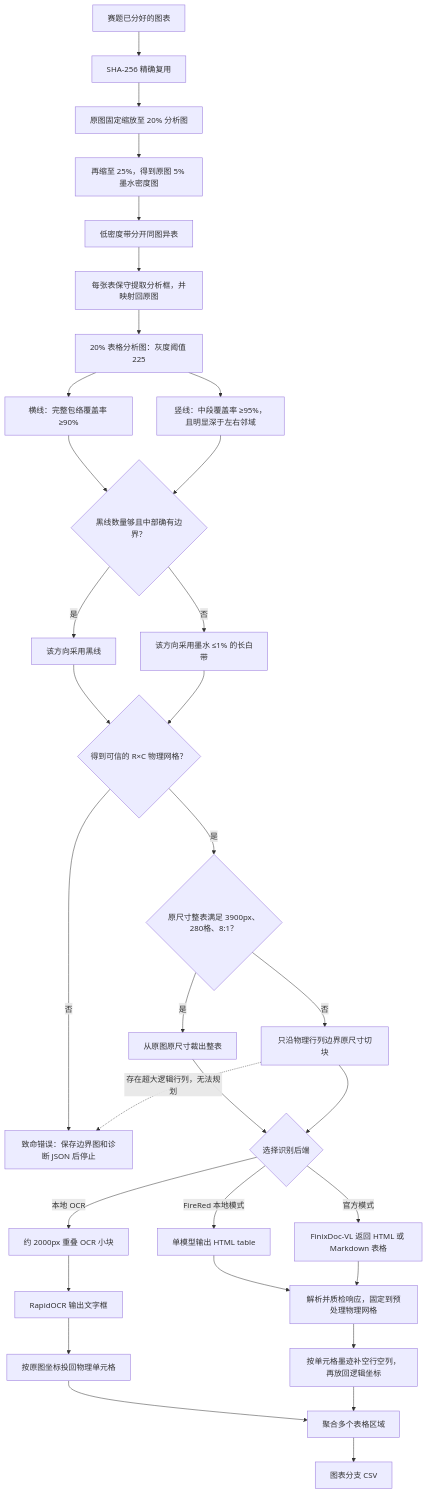
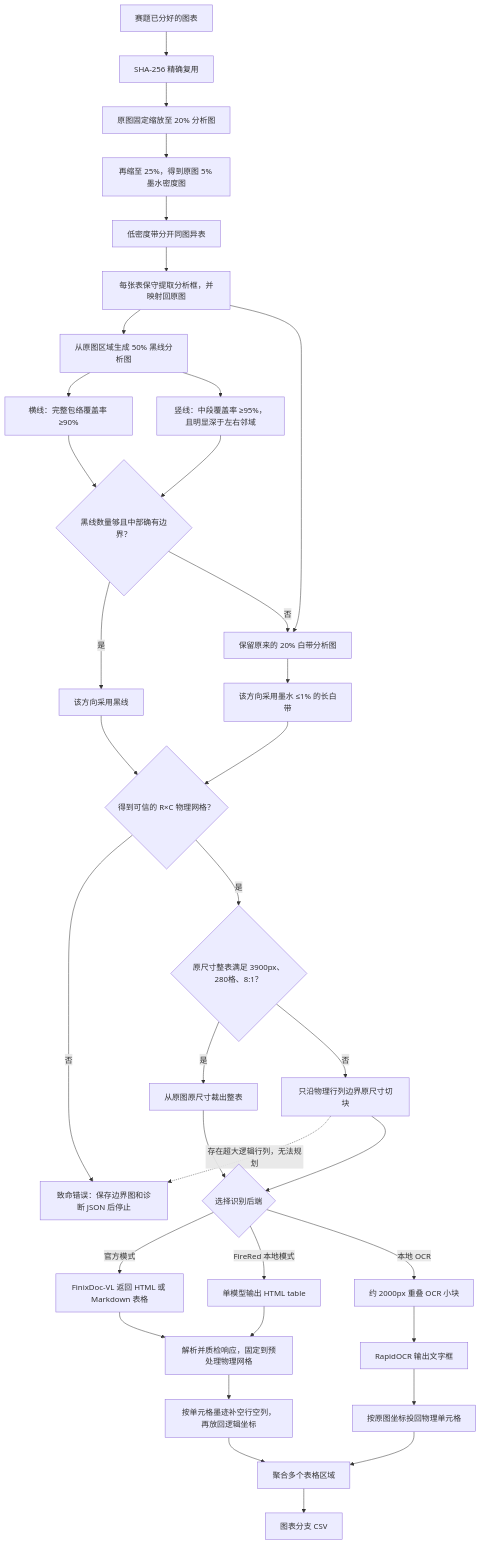
The diagram in afac_pipeline/table/README.md (AAAXXS-0/CAFA6202), drawn with Mermaid before and after one commit. The commit also changed other lines of this file and 5 other files, not shown here.

Commit message:
feat:黑线改用分表区域50%分析图

````diff
--- a/afac_pipeline/table/README.md
+++ b/afac_pipeline/table/README.md
@@ -6,35 +6,37 @@
 ```mermaid
 flowchart TD
     A["赛题已分好的图表"] --> B["SHA-256 精确复用"]
     B --> C["原图固定缩放至 20% 分析图"]
     C --> D["再缩至 25%，得到原图 5% 墨水密度图"]
     D --> E["低密度带分开同图异表"]
     E --> F["每张表保守提取分析框，并映射回原图"]
-    F --> G["20% 表格分析图：灰度阈值 225"]
+    F --> G["从原图区域生成 50% 黑线分析图"]
+    F --> WG["保留原来的 20% 白带分析图"]
     G --> HR["横线：完整包络覆盖率 ≥90%"]
     G --> HC["竖线：中段覆盖率 ≥95%，且明显深于左右邻域"]
     HR --> V{"黑线数量够且中部确有边界？"}
     HC --> V
     V -- "是" --> I["该方向采用黑线"]
-    V -- "否" --> W["该方向采用墨水 ≤1% 的长白带"]
+    V -- "否" --> WG
+    WG --> W["该方向采用墨水 ≤1% 的长白带"]
     I --> K{"得到可信的 R×C 物理网格？"}
     W --> K
     K -- "否" --> FE["致命错误：保存边界图和诊断 JSON 后停止"]
     K -- "是" --> X{"原尺寸整表满足 3900px、280格、8:1？"}
     X -- "是" --> Y["从原图原尺寸裁出整表"]
     X -- "否" --> J["只沿物理行列边界原尺寸切块"]
     J -. "存在超大逻辑行列，无法规划" .-> FE
     Y --> Z{"选择识别后端"}
     J --> Z
     Z -- "官方模式" --> O["FinixDoc-VL 返回 HTML 或 Markdown 表格"]
     Z -- "FireRed 本地模式" --> FO["单模型输出 HTML table"]
     FO --> Q
     Z -- "本地 OCR" --> LO["约 2000px 重叠 OCR 小块"]
     LO --> LC["RapidOCR 输出文字框"]
     LC --> LD["按原图坐标投回物理单元格"]
     LD --> T
     O --> Q["解析并质检响应，固定到预处理物理网格"]
     Q --> R["按单元格墨迹补空行空列，再放回逻辑坐标"]
     R --> T["聚合多个表格区域"]
     T --> U["图表分支 CSV"]
 ```
````
